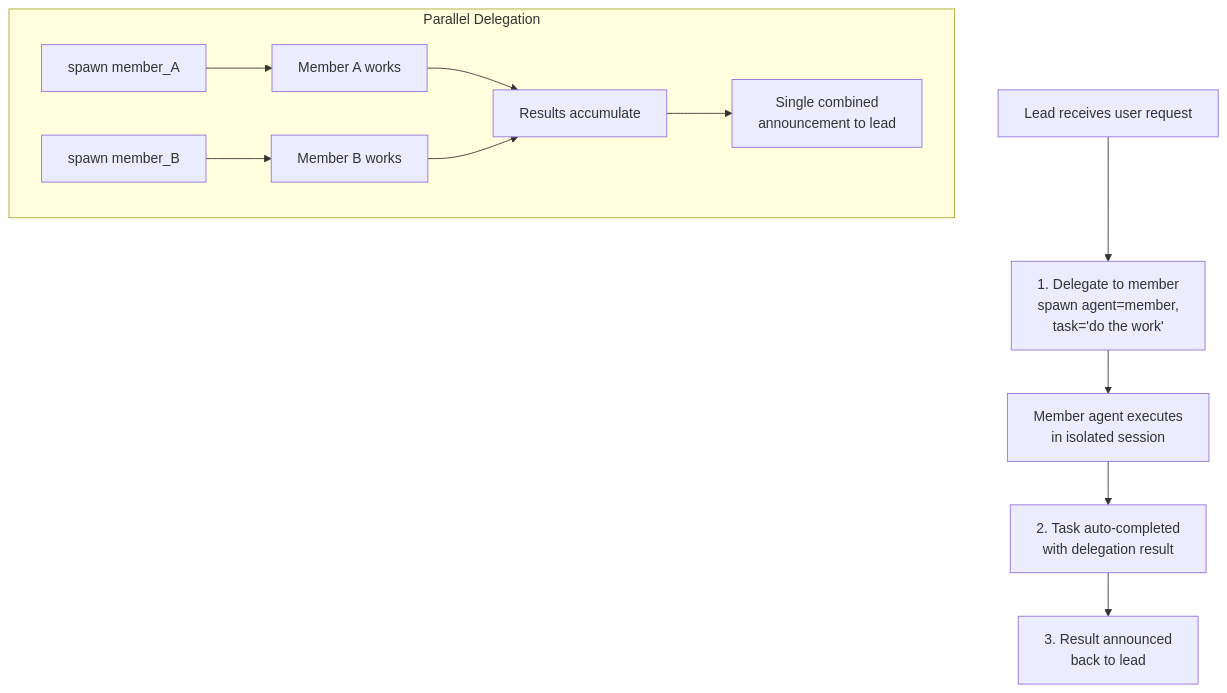
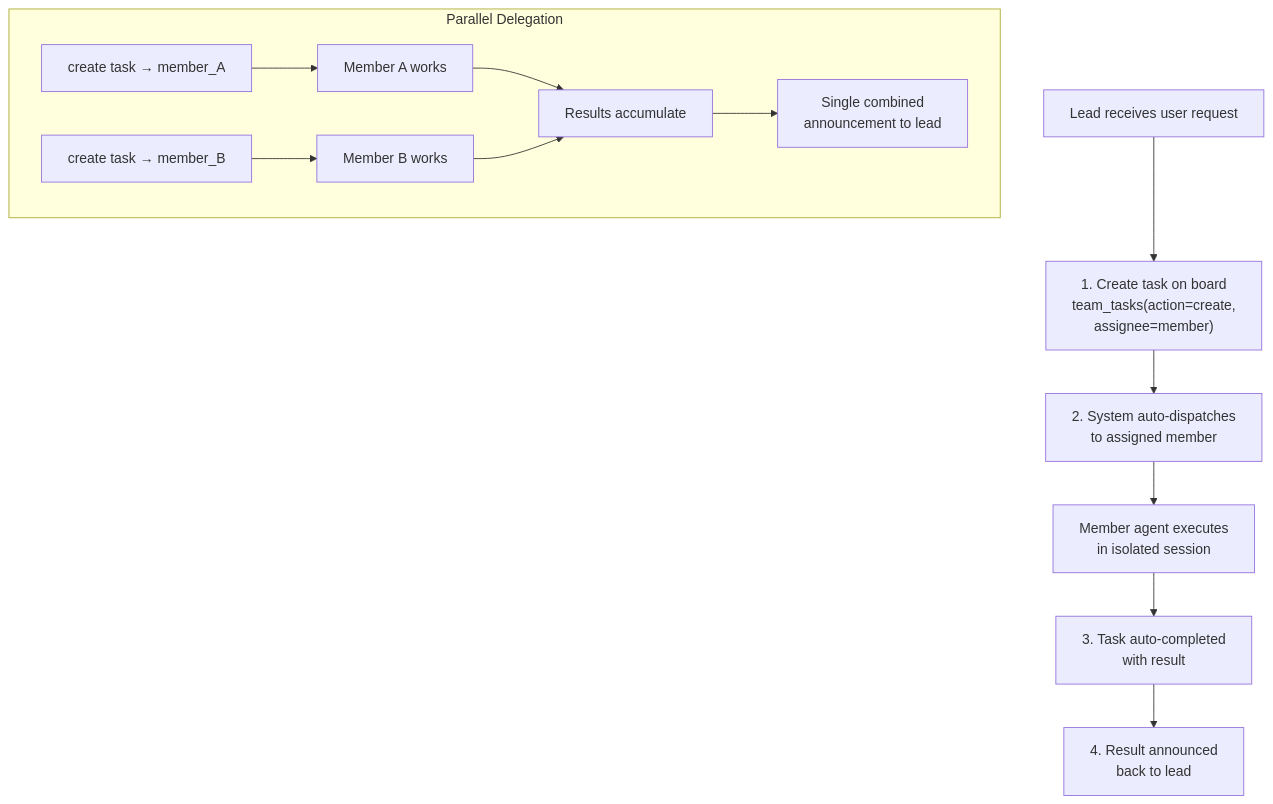
One commit to nextlevelbuilder/goclaw-docs changed the diagram in agent-teams/delegation-and-handoff.md. Above: the diagram before and after it, drawn with Mermaid. The commit also changed other lines of this file and 11 other files, not shown here.

````diff
--- a/agent-teams/delegation-and-handoff.md
+++ b/agent-teams/delegation-and-handoff.md
@@ -7,15 +9,16 @@
 ```mermaid
 flowchart TD
-    LEAD["Lead receives user request"] --> DELEGATE["1. Delegate to member<br/>spawn agent=member,<br/>task='do the work'"]
-    DELEGATE --> MEMBER["Member agent executes<br/>in isolated session"]
-    MEMBER --> COMPLETE["2. Task auto-completed<br/>with delegation result"]
-    COMPLETE --> ANNOUNCE["3. Result announced<br/>back to lead"]
+    LEAD["Lead receives user request"] --> CREATE["1. Create task on board<br/>team_tasks(action=create,<br/>assignee=member)"]
+    CREATE --> DISPATCH["2. System auto-dispatches<br/>to assigned member"]
+    DISPATCH --> MEMBER["Member agent executes<br/>in isolated session"]
+    MEMBER --> COMPLETE["3. Task auto-completed<br/>with result"]
+    COMPLETE --> ANNOUNCE["4. Result announced<br/>back to lead"]
 
     subgraph "Parallel Delegation"
-        DELEGATE2["spawn member_A"] --> RUNA["Member A works"]
-        DELEGATE3["spawn member_B"] --> RUNB["Member B works"]
+        CREATE2["create task → member_A"] --> RUNA["Member A works"]
+        CREATE3["create task → member_B"] --> RUNB["Member B works"]
         RUNA --> COLLECT["Results accumulate"]
         RUNB --> COLLECT
         COLLECT --> ANNOUNCE2["Single combined<br/>announcement to lead"]
     end
 ```
````
